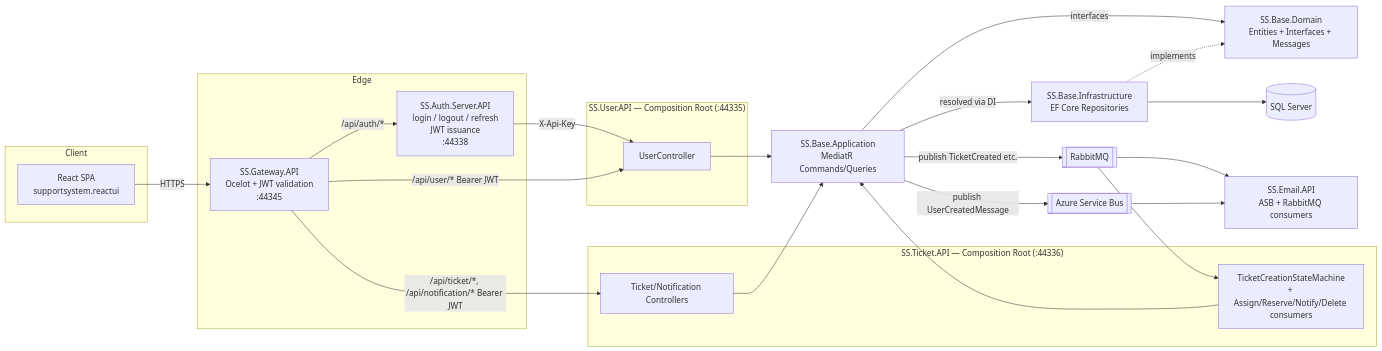
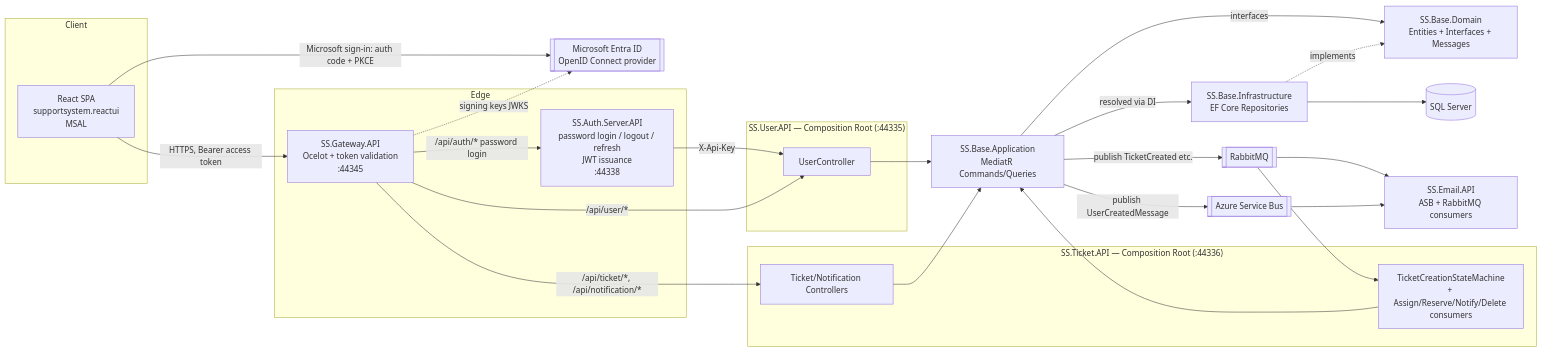
One commit to narendransekar7/Support changed the first of 2 diagrams in SupportSystemManagement/SupportSystem/ARCHITECTURE.md. Above: the diagram before and after it, drawn with Mermaid. The commit also changed other lines of this file and 43 other files, not shown here.

First line of the commit message:
Add Microsoft Entra ID sign-in alongside the password login

````diff
--- a/SupportSystemManagement/SupportSystem/ARCHITECTURE.md
+++ b/SupportSystemManagement/SupportSystem/ARCHITECTURE.md
@@ -22,47 +23,51 @@
 ```mermaid
 flowchart LR
     subgraph Client
-        UI[React SPA<br/>supportsystem.reactui]
+        UI[React SPA<br/>supportsystem.reactui<br/>MSAL]
     end
 
+    ENTRA[[Microsoft Entra ID<br/>OpenID Connect provider]]
+
     subgraph Edge
-        GW[SS.Gateway.API<br/>Ocelot + JWT validation<br/>:44345]
-        AUTH[SS.Auth.Server.API<br/>login / logout / refresh<br/>JWT issuance<br/>:44338]
+        GW[SS.Gateway.API<br/>Ocelot + token validation<br/>:44345]
+        AUTH[SS.Auth.Server.API<br/>password login / logout / refresh<br/>JWT issuance<br/>:44338]
     end
 
     subgraph UserCore["SS.User.API — Composition Root (:44335)"]
         UAPI[UserController]
     end
 
     subgraph TicketCore["SS.Ticket.API — Composition Root (:44336)"]
         TAPI[Ticket/Notification Controllers]
         SAGA[TicketCreationStateMachine<br/>+ Assign/Reserve/Notify/Delete consumers]
     end
 
     APP[SS.Base.Application<br/>MediatR Commands/Queries]
     DOM[SS.Base.Domain<br/>Entities + Interfaces + Messages]
     INFRA[SS.Base.Infrastructure<br/>EF Core Repositories]
 
     DB[(SQL Server)]
     ASB[[Azure Service Bus]]
     MQ[[RabbitMQ]]
     EMAIL[SS.Email.API<br/>ASB + RabbitMQ consumers]
 
-    UI -->|HTTPS| GW
-    GW -->|/api/auth/*| AUTH
-    GW -->|/api/user/* Bearer JWT| UAPI
-    GW -->|/api/ticket/*, /api/notification/* Bearer JWT| TAPI
+    UI -->|Microsoft sign-in: auth code + PKCE| ENTRA
+    UI -->|HTTPS, Bearer access token| GW
+    GW -.signing keys JWKS.-> ENTRA
+    GW -->|/api/auth/* password login| AUTH
+    GW -->|/api/user/*| UAPI
+    GW -->|/api/ticket/*, /api/notification/*| TAPI
     AUTH -->|X-Api-Key| UAPI
     UAPI --> APP
     TAPI --> APP
     SAGA --> APP
     APP -->|interfaces| DOM
     INFRA -.implements.-> DOM
     APP -->|resolved via DI| INFRA
     INFRA --> DB
     APP -->|publish TicketCreated etc.| MQ
     MQ --> SAGA
     MQ --> EMAIL
     APP -->|publish UserCreatedMessage| ASB
     ASB --> EMAIL
 ```
````
